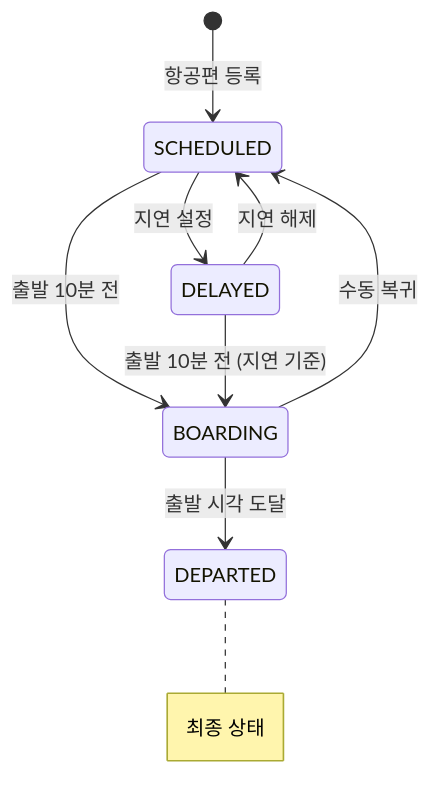
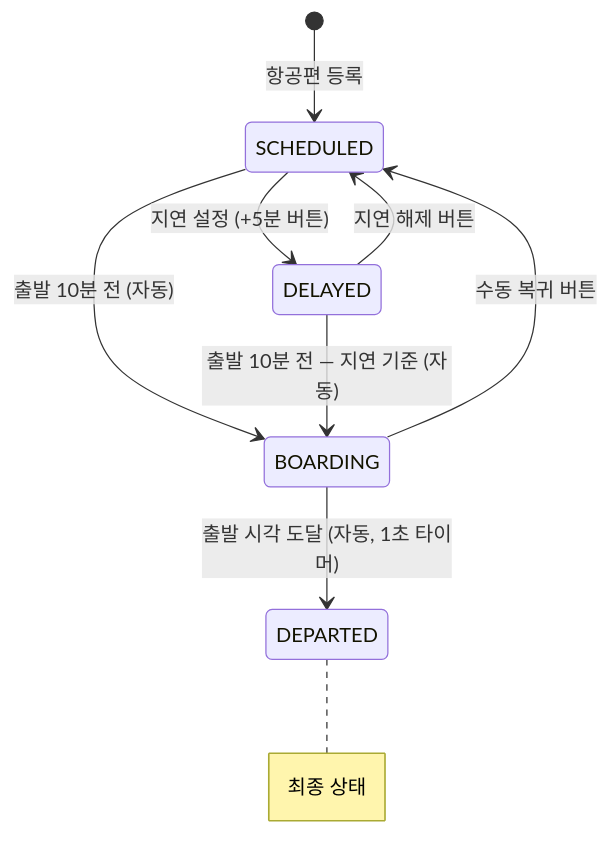
Before and after one commit to Jungle-12-303/week5.5_react: the tenth of 10 diagrams in README.md, drawn with Mermaid. The commit also changed other lines of this file, not shown here.

````diff
--- a/README.md
+++ b/README.md
@@ -521,11 +320,11 @@
 ```mermaid
 stateDiagram-v2
     [*] --> SCHEDULED : 항공편 등록
-    SCHEDULED --> BOARDING : 출발 10분 전
-    BOARDING --> DEPARTED : 출발 시각 도달
-    SCHEDULED --> DELAYED : 지연 설정
-    DELAYED --> BOARDING : 출발 10분 전 (지연 기준)
-    DELAYED --> SCHEDULED : 지연 해제
-    BOARDING --> SCHEDULED : 수동 복귀
+    SCHEDULED --> BOARDING : 출발 10분 전 (자동)
+    BOARDING --> DEPARTED : 출발 시각 도달 (자동, 1초 타이머)
+    SCHEDULED --> DELAYED : 지연 설정 (+5분 버튼)
+    DELAYED --> BOARDING : 출발 10분 전 — 지연 기준 (자동)
+    DELAYED --> SCHEDULED : 지연 해제 버튼
+    BOARDING --> SCHEDULED : 수동 복귀 버튼
     note right of DEPARTED : 최종 상태
 ```
````
